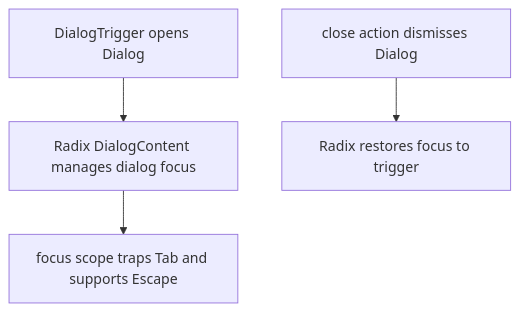
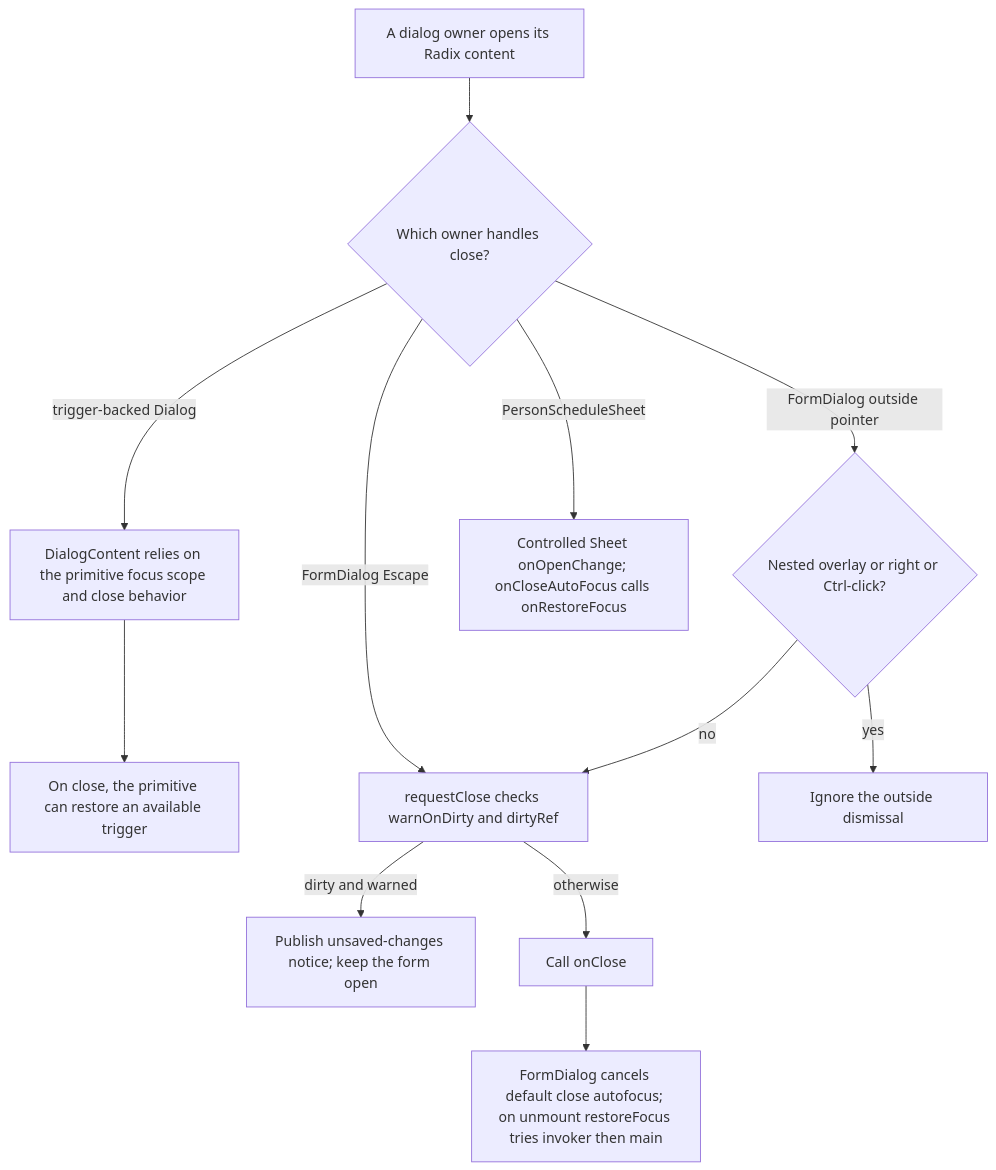
The second of 2 diagrams in user-stories/accessibility/US-KBD-02-dialog-keyboard.md (Kevinjohn/capacitylens), drawn with Mermaid before and after one commit. The commit also changed other lines of this file and 172 other files, not shown here.

Commit message:
docs: reconcile user story code flows with source

````diff
--- a/user-stories/accessibility/US-KBD-02-dialog-keyboard.md
+++ b/user-stories/accessibility/US-KBD-02-dialog-keyboard.md
@@ -36,6 +36,14 @@
 ```mermaid
 flowchart TD
-  trigger["DialogTrigger opens Dialog"] --> primitive["Radix DialogContent manages dialog focus"]
-  primitive --> trap["focus scope traps Tab and supports Escape"]
-  close["close action dismisses Dialog"] --> restore["Radix restores focus to trigger"]
+  open["A dialog owner opens its Radix content"] --> type{"Which owner handles close?"}
+  type -->|trigger-backed Dialog| plain["DialogContent relies on the primitive focus scope and close behavior"]
+  plain --> restore["On close, the primitive can restore an available trigger"]
+  type -->|FormDialog Escape| policy["requestClose checks warnOnDirty and dirtyRef"]
+  type -->|FormDialog outside pointer| outside{"Nested overlay or right or Ctrl-click?"}
+  outside -->|yes| keep["Ignore the outside dismissal"]
+  outside -->|no| policy
+  policy -->|dirty and warned| warn["Publish unsaved-changes notice; keep the form open"]
+  policy -->|otherwise| close["Call onClose"]
+  close --> custom["FormDialog cancels default close autofocus; on unmount restoreFocus tries invoker then main"]
+  type -->|PersonScheduleSheet| sheet["Controlled Sheet onOpenChange; onCloseAutoFocus calls onRestoreFocus"]
 ```
````
